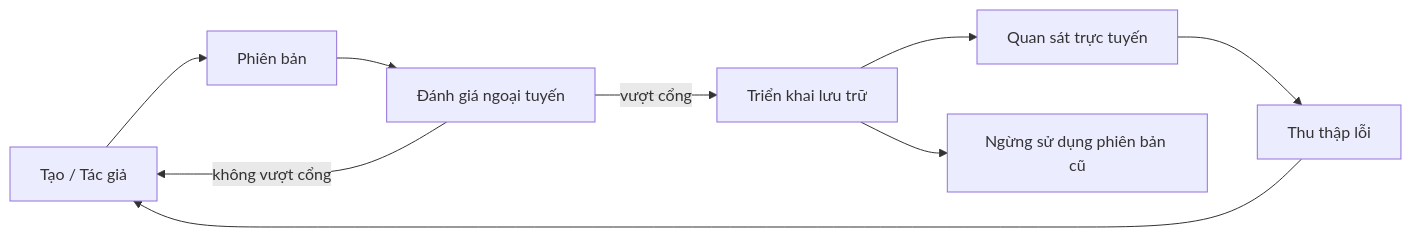
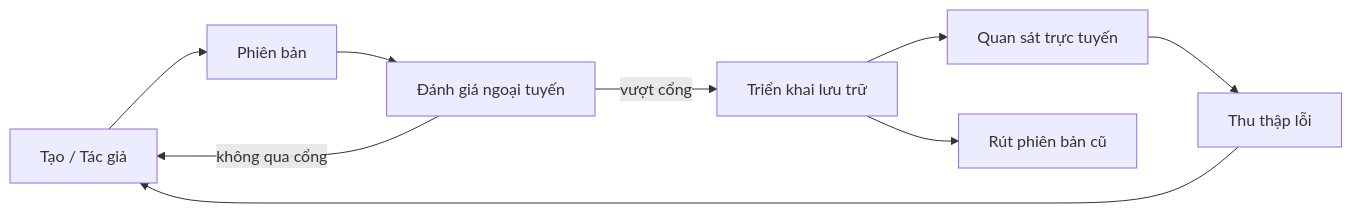
Before and after one commit to gabrielmoreira/agent-skills-mirror: the second of 4 diagrams in mirrors/repos/microsoft@ai-agents-for-beginners/translations/vi/16-deploying-scalable-agents/README.md, drawn with Mermaid. The commit also changed other lines of this file and 3581 other files, not shown here.

````diff
--- a/mirrors/repos/microsoft@ai-agents-for-beginners/translations/vi/16-deploying-scalable-agents/README.md
+++ b/mirrors/repos/microsoft@ai-agents-for-beginners/translations/vi/16-deploying-scalable-agents/README.md
@@ -108,11 +108,11 @@
 ```mermaid
 flowchart LR
     Create[Tạo / Tác giả] --> Version[Phiên bản]
     Version --> Evaluate[Đánh giá ngoại tuyến]
     Evaluate -->|vượt cổng| Deploy[Triển khai lưu trữ]
-    Evaluate -->|không vượt cổng| Create
+    Evaluate -->|không qua cổng| Create
     Deploy --> Observe[Quan sát trực tuyến]
     Observe --> Improve[Thu thập lỗi]
     Improve --> Create
-    Deploy --> Retire[Ngừng sử dụng phiên bản cũ]
+    Deploy --> Retire[Rút phiên bản cũ]
 ```
````
